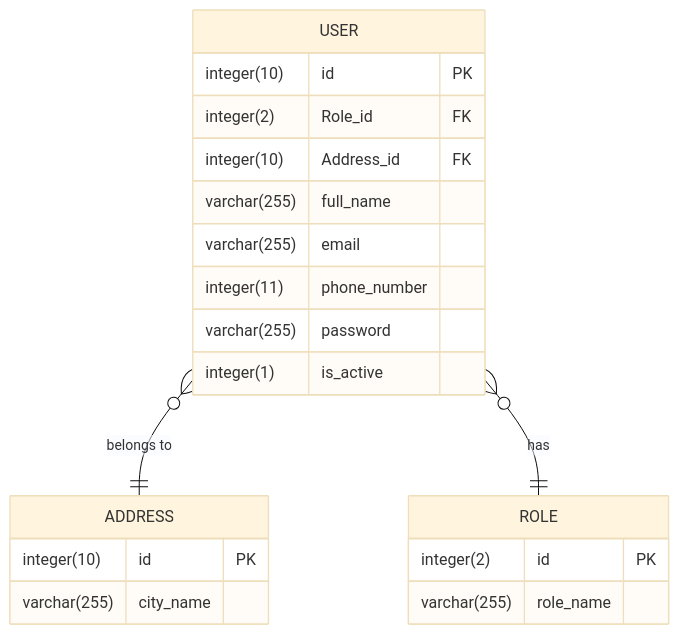
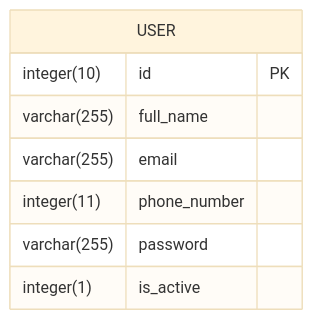
Before and after one commit to smhhd/BookTheGame: the diagram in sql.mmd, drawn with Mermaid (base theme).

Commit message:
Removed unnecessary tables and relations

```diff
--- a/sql.mmd
+++ b/sql.mmd
@@ -1,24 +1,9 @@
 erDiagram
     USER {
         integer(10) id PK
-        integer(2) Role_id FK
-        integer(10) Address_id FK
         varchar(255) full_name
         varchar(255) email
         integer(11) phone_number
         varchar(255) password
         integer(1) is_active
     }
-
-    ADDRESS {
-        integer(10) id PK
-        varchar(255) city_name
-    }
-
-    ROLE {
-        integer(2) id PK
-        varchar(255) role_name
-    }
-
-    USER }o--|| ADDRESS : "belongs to"
-    USER }o--|| ROLE : "has"
```
